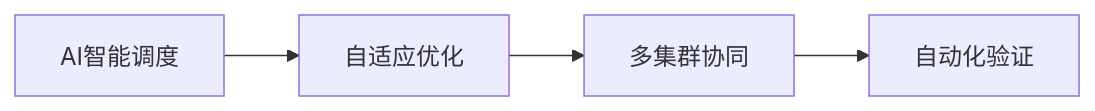
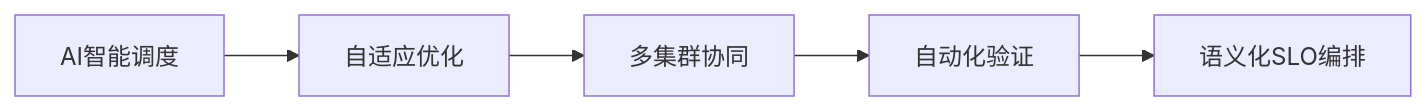
Before and after one commit to AdaMartin18010/SystemOSIOT: the diagram in 4.分布式系统/4.7 系统运行时语义/4.7.7 未来发展与挑战.md, drawn with Mermaid. The commit also changed other lines of this file and 30 other files, not shown here.

````diff
--- a/4.分布式系统/4.7 系统运行时语义/4.7.7 未来发展与挑战.md
+++ b/4.分布式系统/4.7 系统运行时语义/4.7.7 未来发展与挑战.md
@@ -21,6 +25,7 @@
 ```mermaid
 flowchart LR
     A[AI智能调度] --> B[自适应优化]
     B --> C[多集群协同]
     C --> D[自动化验证]
+    D --> E[语义化SLO编排]
 ```
````
